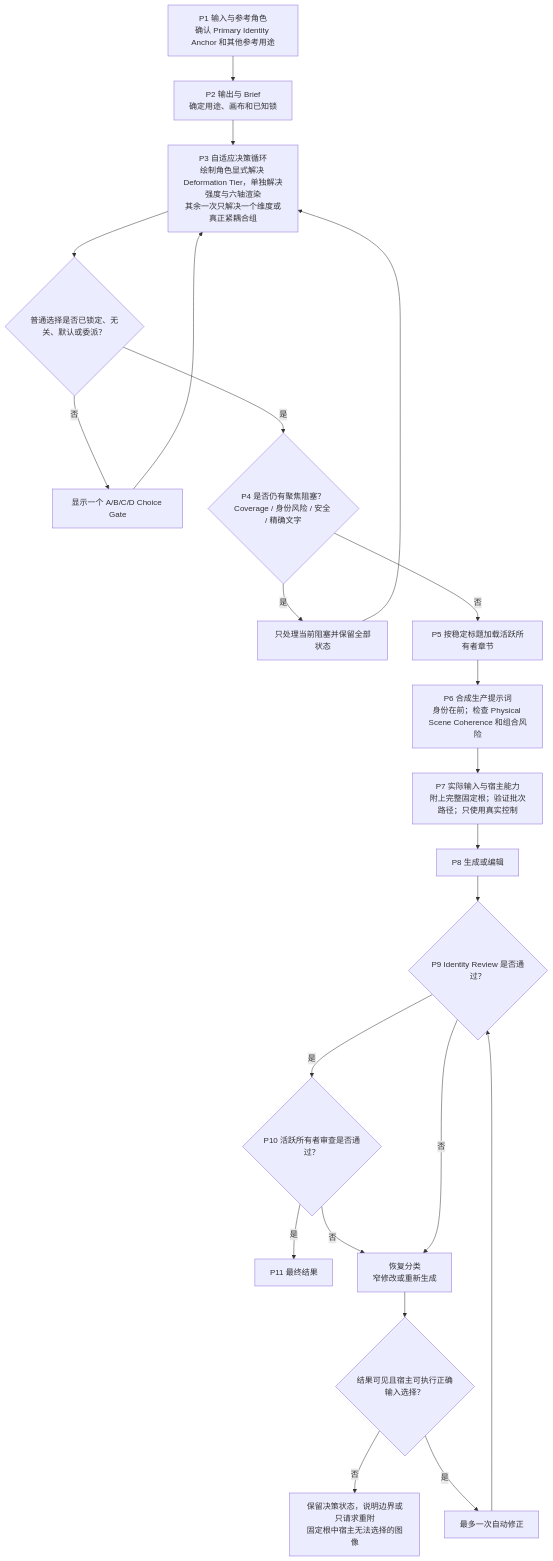
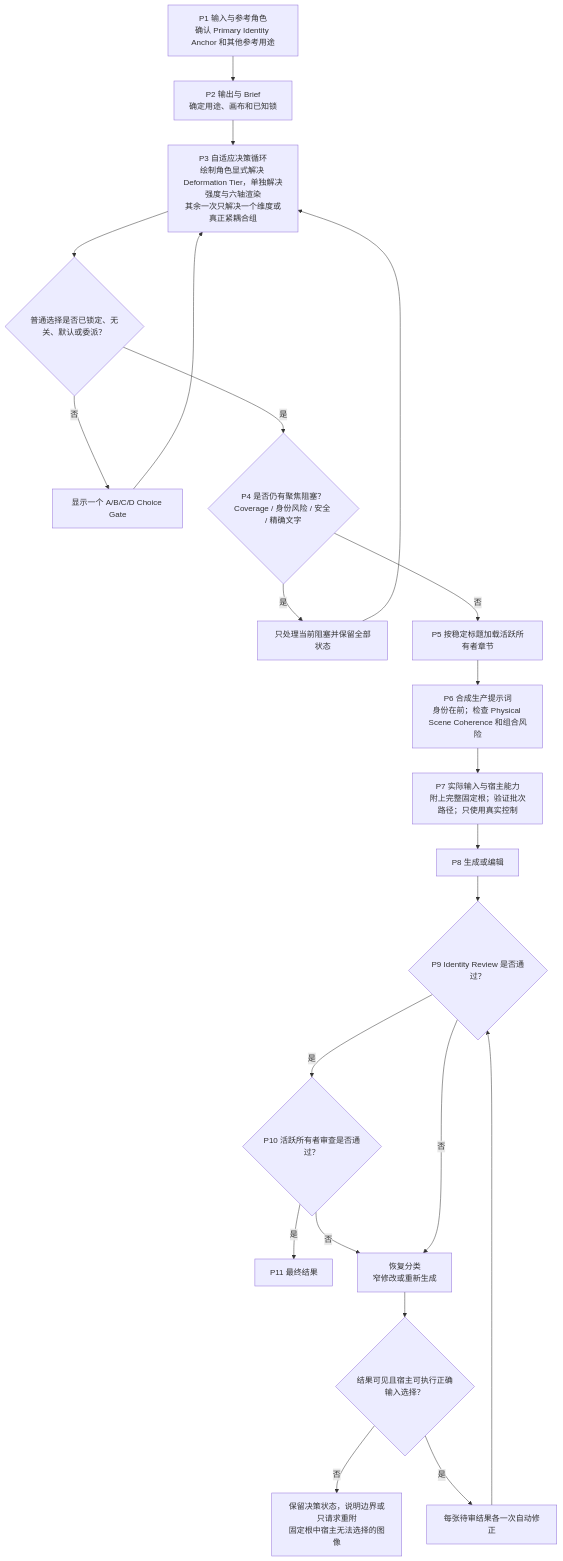
One commit to cyaoc/cast-me changed the fourth of 13 diagrams in docs/architecture.md. Above: the diagram before and after it, drawn with Mermaid. The commit also changed other lines of this file and 3 other files, not shown here.

````diff
--- a/docs/architecture.md
+++ b/docs/architecture.md
@@ -218,24 +218,24 @@
 ```mermaid
 flowchart TD
     P1["P1 输入与参考角色<br/>确认 Primary Identity Anchor 和其他参考用途"] --> P2["P2 输出与 Brief<br/>确定用途、画布和已知锁"]
     P2 --> P3["P3 自适应决策循环<br/>绘制角色显式解决 Deformation Tier，单独解决强度与六轴渲染<br/>其余一次只解决一个维度或真正紧耦合组"]
     P3 --> ORDINARY{"普通选择是否已锁定、无关、默认或委派？"}
     ORDINARY -- 否 --> GATE["显示一个 A/B/C/D Choice Gate"]
     GATE --> P3
     ORDINARY -- 是 --> P4{"P4 是否仍有聚焦阻塞？<br/>Coverage / 身份风险 / 安全 / 精确文字"}
     P4 -- 是 --> FOCUSED["只处理当前阻塞并保留全部状态"]
     FOCUSED --> P3
     P4 -- 否 --> P5["P5 按稳定标题加载活跃所有者章节"]
     P5 --> P6["P6 合成生产提示词<br/>身份在前；检查 Physical Scene Coherence 和组合风险"]
     P6 --> P7["P7 实际输入与宿主能力<br/>附上完整固定根；验证批次路径；只使用真实控制"]
     P7 --> P8["P8 生成或编辑"]
     P8 --> P9{"P9 Identity Review 是否通过？"}
     P9 -- 是 --> P10{"P10 活跃所有者审查是否通过？"}
     P10 -- 是 --> P11["P11 最终结果"]
     P10 -- 否 --> RECOVERY["恢复分类<br/>窄修改或重新生成"]
     P9 -- 否 --> RECOVERY
     RECOVERY --> CAPABLE{"结果可见且宿主可执行正确输入选择？"}
     CAPABLE -- 否 --> STOP["保留决策状态，说明边界或只请求重附<br/>固定根中宿主无法选择的图像"]
-    CAPABLE -- 是 --> ONCE["最多一次自动修正"]
+    CAPABLE -- 是 --> ONCE["每张待审结果各一次自动修正"]
     ONCE --> P9
 ```
````
